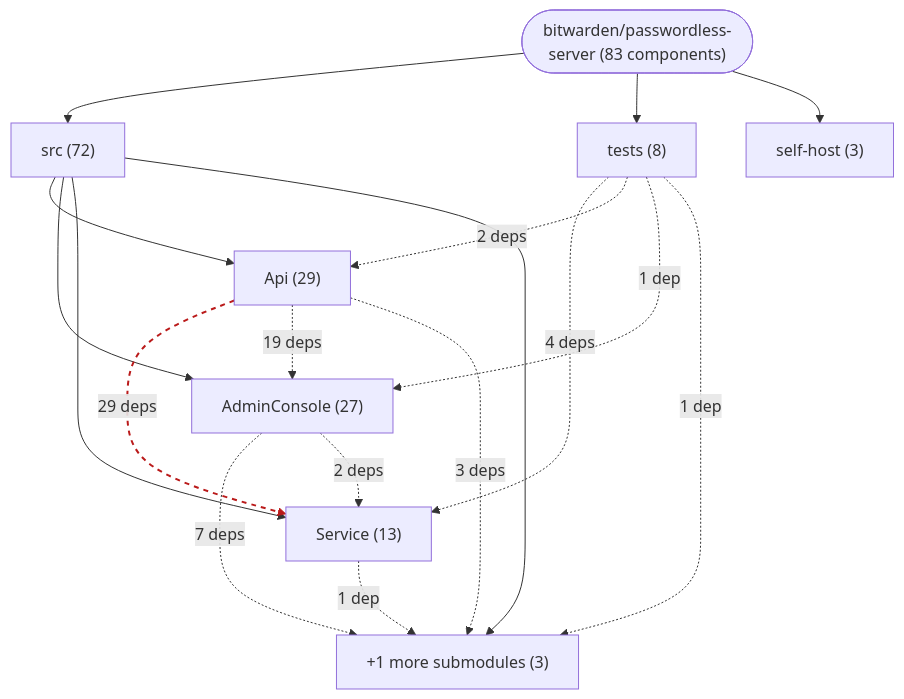
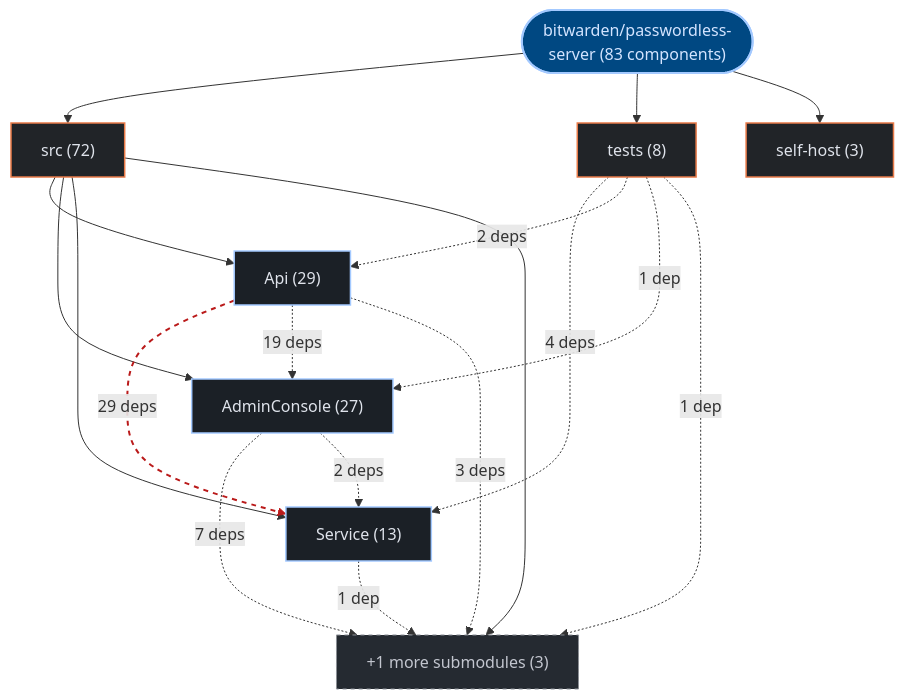
The first of 3 diagrams in exports/latest/reports/bitwarden-passwordless-server-report.md (kumarshaz/atruss-code-atlas), drawn with Mermaid before and after one commit. The commit also changed other lines of this file and 331 other files, not shown here.

Commit message:
docs,ui,fix: update SDLC docs, reorder CI/CD DAG first, stylize Mermaid, and fix Arc42 pipeline topology

````diff
--- a/exports/latest/reports/bitwarden-passwordless-server-report.md
+++ b/exports/latest/reports/bitwarden-passwordless-server-report.md
@@ -42,29 +42,36 @@
 ```mermaid
 graph TD;
-    repo_root(["bitwarden/passwordless-server (83 components)"])
-    dir_0_src["src (72)"]
+  classDef atlasRoot fill:#004882,stroke:#a3c9ff,stroke-width:2px,color:#d3e4ff
+  classDef atlasCategory fill:#212428,stroke:#E87A48,stroke-width:1.5px,color:#dfe3eb
+  classDef atlasWorkflow fill:#1b2026,stroke:#a3c9ff,stroke-width:1.5px,color:#dfe3eb
+  classDef atlasJob fill:#171c22,stroke:#8d9199,stroke-width:1px,color:#dfe3eb
+  classDef atlasTarget fill:#005227,stroke:#8bd99b,stroke-width:1.5px,color:#a7f6b6
+  classDef atlasAlert fill:#93000a,stroke:#ffb4ab,stroke-width:1.5px,color:#ffdad6
+  classDef atlasMore fill:#252a31,stroke:#8d9199,stroke-dasharray:4 4,color:#c3c6cf
+    repo_root(["bitwarden/passwordless-server (83 components)"]):::atlasRoot
+    dir_0_src["src (72)"]:::atlasCategory
     repo_root --> dir_0_src
-    sub_0_0_Api["Api (29)"]
+    sub_0_0_Api["Api (29)"]:::atlasWorkflow
     dir_0_src --> sub_0_0_Api
-    sub_0_1_AdminConsole["AdminConsole (27)"]
+    sub_0_1_AdminConsole["AdminConsole (27)"]:::atlasWorkflow
     dir_0_src --> sub_0_1_AdminConsole
-    sub_0_2_Service["Service (13)"]
+    sub_0_2_Service["Service (13)"]:::atlasWorkflow
     dir_0_src --> sub_0_2_Service
-    sub_0_more["+1 more submodules (3)"]
+    sub_0_more["+1 more submodules (3)"]:::atlasMore
     dir_0_src --> sub_0_more
-    dir_1_tests["tests (8)"]
+    dir_1_tests["tests (8)"]:::atlasCategory
     repo_root --> dir_1_tests
-    dir_2_self_host["self-host (3)"]
+    dir_2_self_host["self-host (3)"]:::atlasCategory
     repo_root --> dir_2_self_host
     sub_0_0_Api -.->|"29 deps"| sub_0_2_Service
     sub_0_0_Api -.->|"19 deps"| sub_0_1_AdminConsole
     sub_0_1_AdminConsole -.->|"7 deps"| sub_0_more
     dir_1_tests -.->|"4 deps"| sub_0_2_Service
     sub_0_0_Api -.->|"3 deps"| sub_0_more
     dir_1_tests -.->|"2 deps"| sub_0_0_Api
     sub_0_1_AdminConsole -.->|"2 deps"| sub_0_2_Service
     dir_1_tests -.->|"1 dep"| sub_0_1_AdminConsole
     dir_1_tests -.->|"1 dep"| sub_0_more
     sub_0_2_Service -.->|"1 dep"| sub_0_more
     linkStyle 7 stroke:#ba1a1a,stroke-width:2px,stroke-dasharray: 5 5
 ```
````
